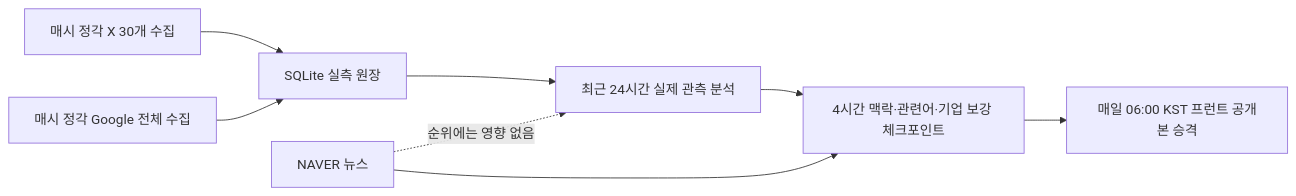
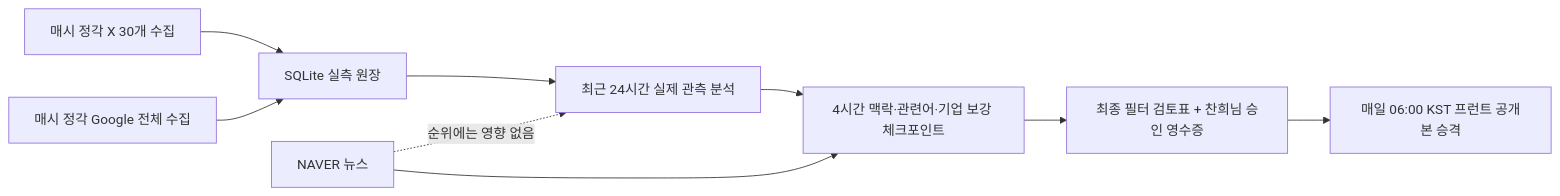
The diagram in docs/PRODUCT_AND_DATA_FLOW.md (jyy7294/noinbada), drawn with Mermaid before and after one commit. The commit also changed other lines of this file and 40 other files, not shown here.

````diff
--- a/docs/PRODUCT_AND_DATA_FLOW.md
+++ b/docs/PRODUCT_AND_DATA_FLOW.md
@@ -9,10 +9,11 @@
 ```mermaid
 flowchart LR
     A["매시 정각 X 30개 수집"] --> C["SQLite 실측 원장"]
     B["매시 정각 Google 전체 수집"] --> C
     C --> D["최근 24시간 실제 관측 분석"]
     D --> E["4시간 맥락·관련어·기업 보강 체크포인트"]
-    E --> F["매일 06:00 KST 프런트 공개본 승격"]
+    E --> R["최종 필터 검토표 + 찬희님 승인 영수증"]
+    R --> F["매일 06:00 KST 프런트 공개본 승격"]
     G["NAVER 뉴스"] --> E
     G -. "순위에는 영향 없음" .-> D
 ```
````
